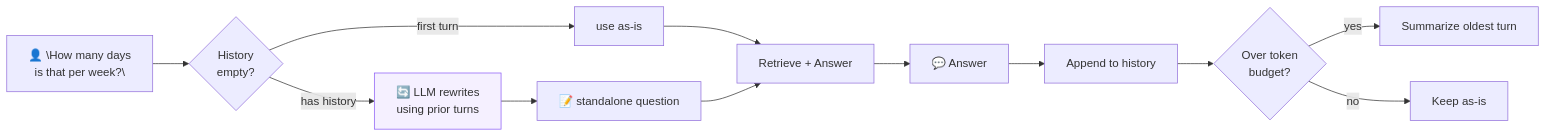
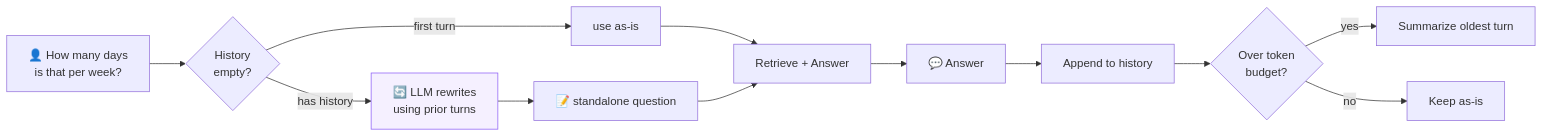
One commit to techwithprateek/College-Capstone-Projects changed the fifth of 9 diagrams in README.md. Above: the diagram before and after it, drawn with Mermaid. The commit also changed other lines of this file, not shown here.

First line of the commit message:
Fix Mermaid diagram parse errors in README

````diff
--- a/README.md
+++ b/README.md
@@ -172,16 +172,16 @@
 ```mermaid
 flowchart LR
-    F["👤 \"How many days<br/>is that per week?\""] --> E{"History<br/>empty?"}
+    F["👤 How many days<br/>is that per week?"] --> E{"History<br/>empty?"}
     E -->|first turn| U["use as-is"]
     E -->|has history| RW["🔄 LLM rewrites<br/>using prior turns"]
     RW --> SQ["📝 standalone question"]
     U --> RET
     SQ --> RET["Retrieve + Answer"]
     RET --> ANS["💬 Answer"]
     ANS --> HIST["Append to history"]
     HIST --> BUD{"Over token<br/>budget?"}
     BUD -->|yes| SUM["Summarize oldest turn"]
     BUD -->|no| KEEP["Keep as-is"]
 
     style RW fill:#f5f0ff,stroke:#8b5cf6
 ```
````
